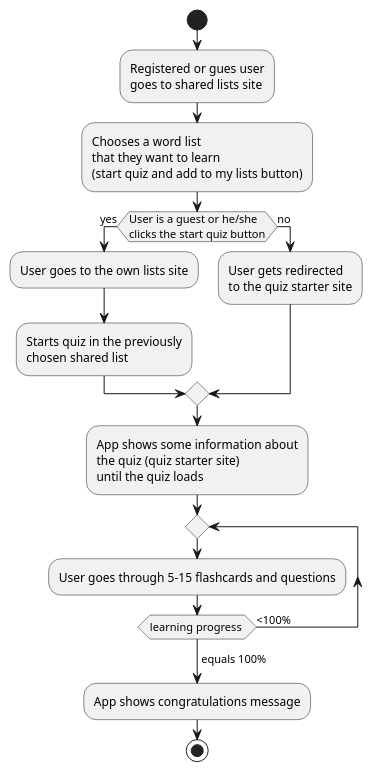
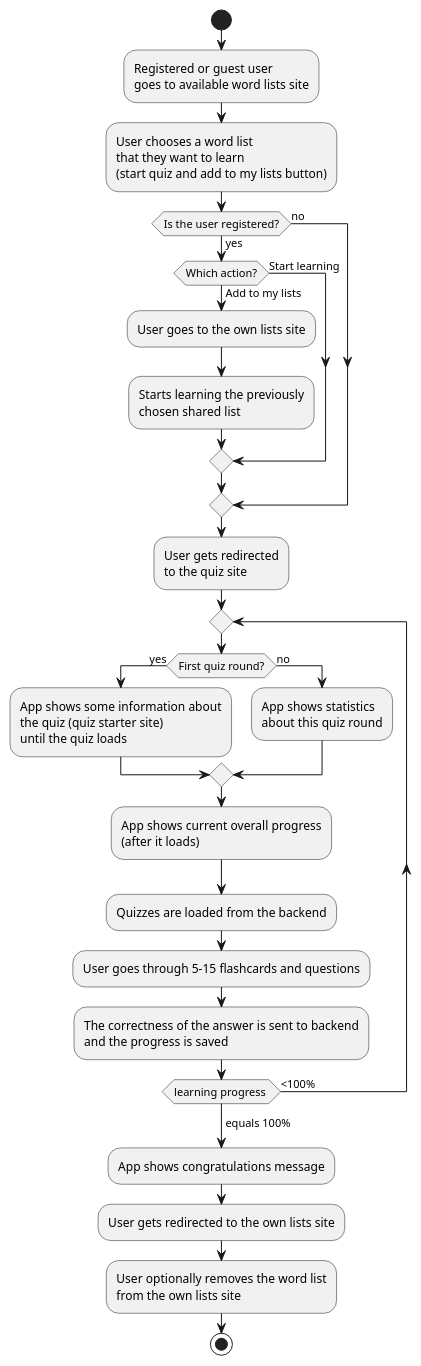
Before and after one commit to robertradnai/vocabulary-srv: the diagram in docs/user_activity.puml, drawn with PlantUML. The commit also changed 3 other files, not shown here.

```diff
--- a/docs/user_activity.puml
+++ b/docs/user_activity.puml
@@ -1,26 +1,60 @@
 @startuml
 start
-:Registered or gues user
-goes to shared lists site;
-:Chooses a word list
+
+:Registered or guest user
+goes to available word lists site;
+
+:User chooses a word list
 that they want to learn
 (start quiz and add to my lists button);
-if (User is a guest or he/she
-clicks the start quiz button) then (yes)
-:User goes to the own lists site;
-:Starts quiz in the previously
-chosen shared list;
+
+if (Is the user registered?) then (yes)
+    if (Which action?) then (Start learning)
+    else (Add to my lists)
+
+        :User goes to the own lists site;
+
+        :Starts learning the previously
+        chosen shared list;
+
+    endif
 else (no)
+endif
+
 :User gets redirected
-to the quiz starter site;
-endif
-:App shows some information about
-the quiz (quiz starter site)
-until the quiz loads;
+to the quiz site;
+
 repeat
-:User goes through 5-15 flashcards and questions;
+    if (First quiz round?) then (yes)
+
+        :App shows some information about
+        the quiz (quiz starter site)
+        until the quiz loads;
+
+    else (no)
+
+        :App shows statistics
+        about this quiz round;
+
+    endif;
+    :App shows current overall progress
+    (after it loads);
+
+    :Quizzes are loaded from the backend;
+
+    :User goes through 5-15 flashcards and questions;
+
+    :The correctness of the answer is sent to backend
+    and the progress is saved;
 repeat while (learning progress ) is (<100%)
 -> equals 100%;
+
 :App shows congratulations message;
+
+:User gets redirected to the own lists site;
+
+:User optionally removes the word list
+from the own lists site;
+
 stop
 @enduml
```
